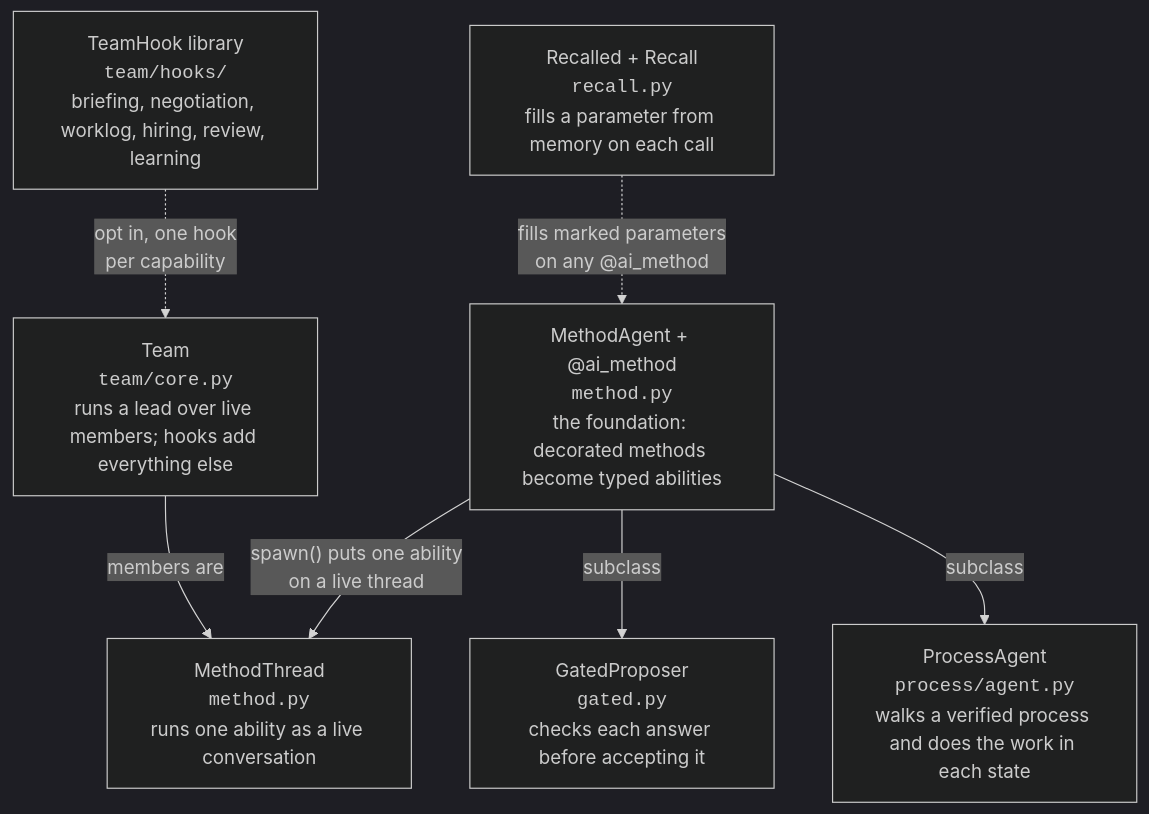
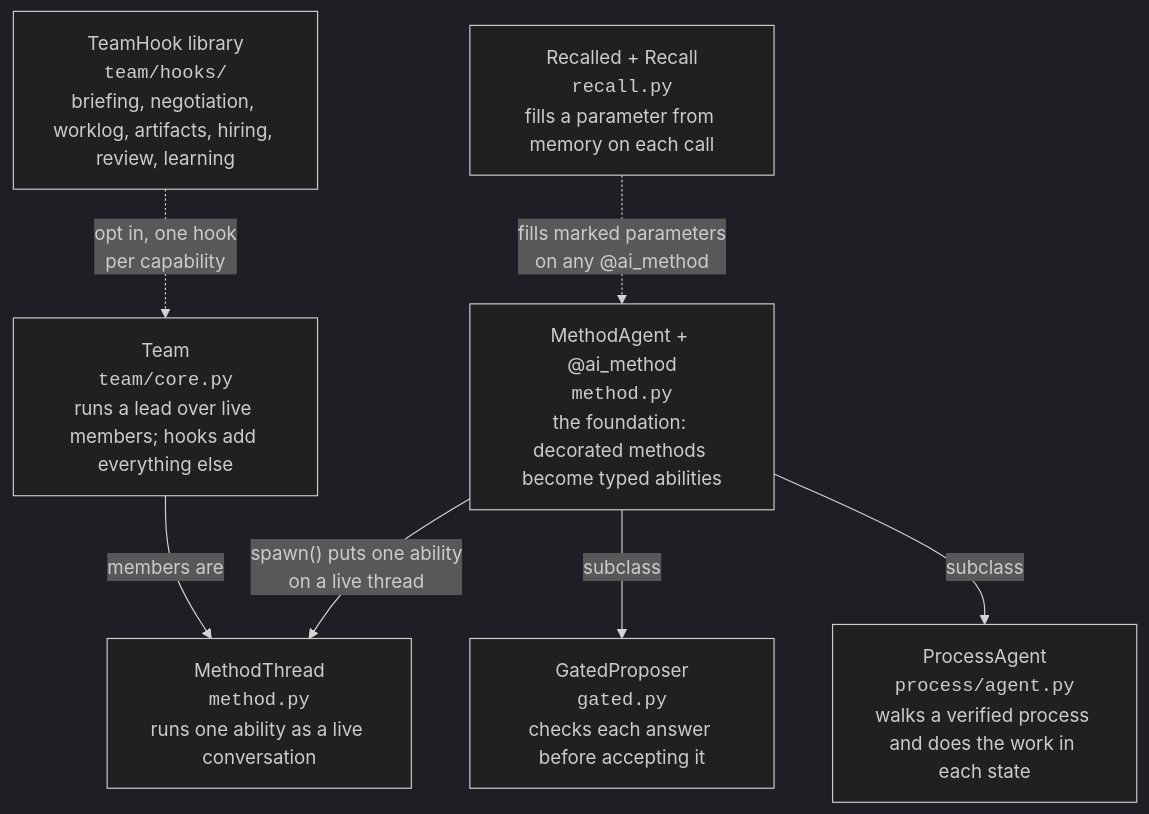
One commit to theagenticguy/pneuma changed the first of 2 diagrams in README.md. Above: the diagram before and after it, drawn with Mermaid (dark theme). The commit also changed other lines of this file and 3 other files, not shown here.

````diff
--- a/README.md
+++ b/README.md
@@ -90,17 +90,17 @@
 ```mermaid
 graph TD
     MA["MethodAgent + @ai_method<br/><code>method.py</code><br/>the foundation: decorated methods become typed abilities"]
     MT["MethodThread<br/><code>method.py</code><br/>runs one ability as a live conversation"]
     GP["GatedProposer<br/><code>gated.py</code><br/>checks each answer before accepting it"]
     RC["Recalled + Recall<br/><code>recall.py</code><br/>fills a parameter from memory on each call"]
     PA["ProcessAgent<br/><code>process/agent.py</code><br/>walks a verified process and does the work in each state"]
     TM["Team<br/><code>team/core.py</code><br/>runs a lead over live members; hooks add everything else"]
-    HK["TeamHook library<br/><code>team/hooks/</code><br/>briefing, negotiation, worklog, hiring, review, learning"]
+    HK["TeamHook library<br/><code>team/hooks/</code><br/>briefing, negotiation, worklog, artifacts, hiring, review, learning"]
 
     MA -->|"spawn() puts one ability<br/>on a live thread"| MT
     MA -->|"subclass"| GP
     MA -->|"subclass"| PA
     RC -.->|"fills marked parameters<br/>on any @ai_method"| MA
     TM -->|"members are"| MT
     HK -.->|"opt in, one hook<br/>per capability"| TM
 ```
````
